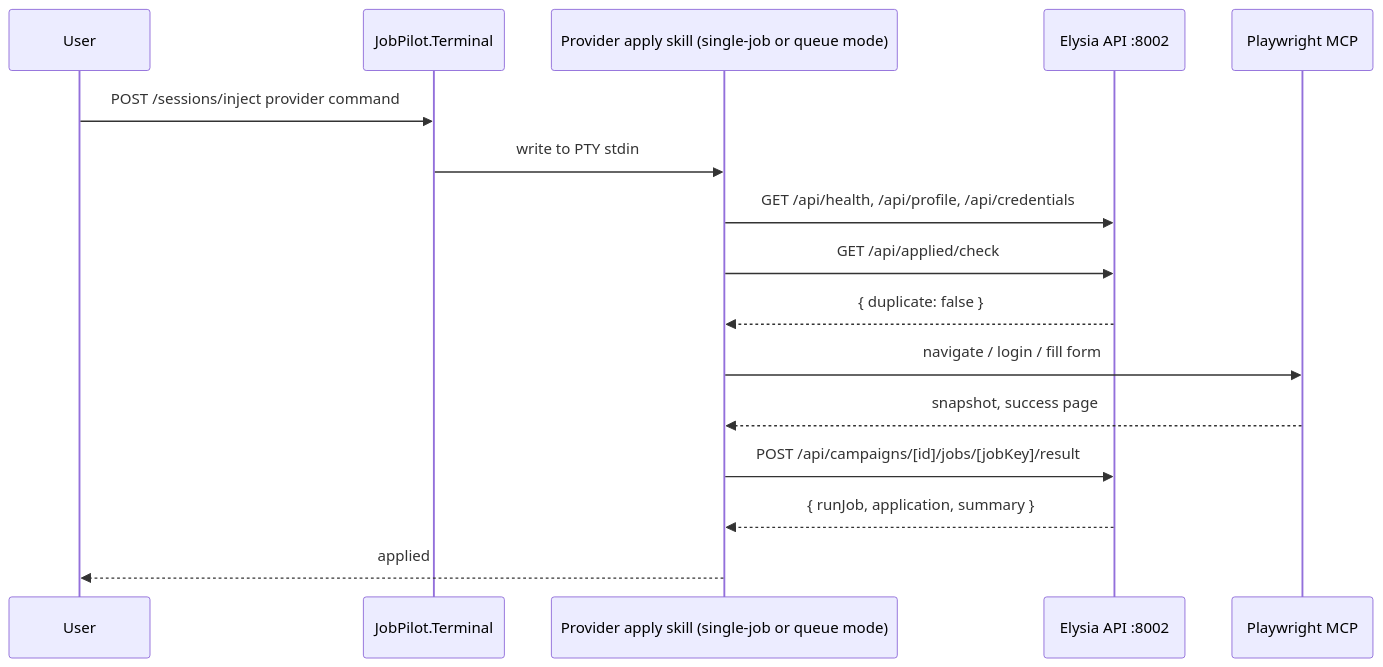
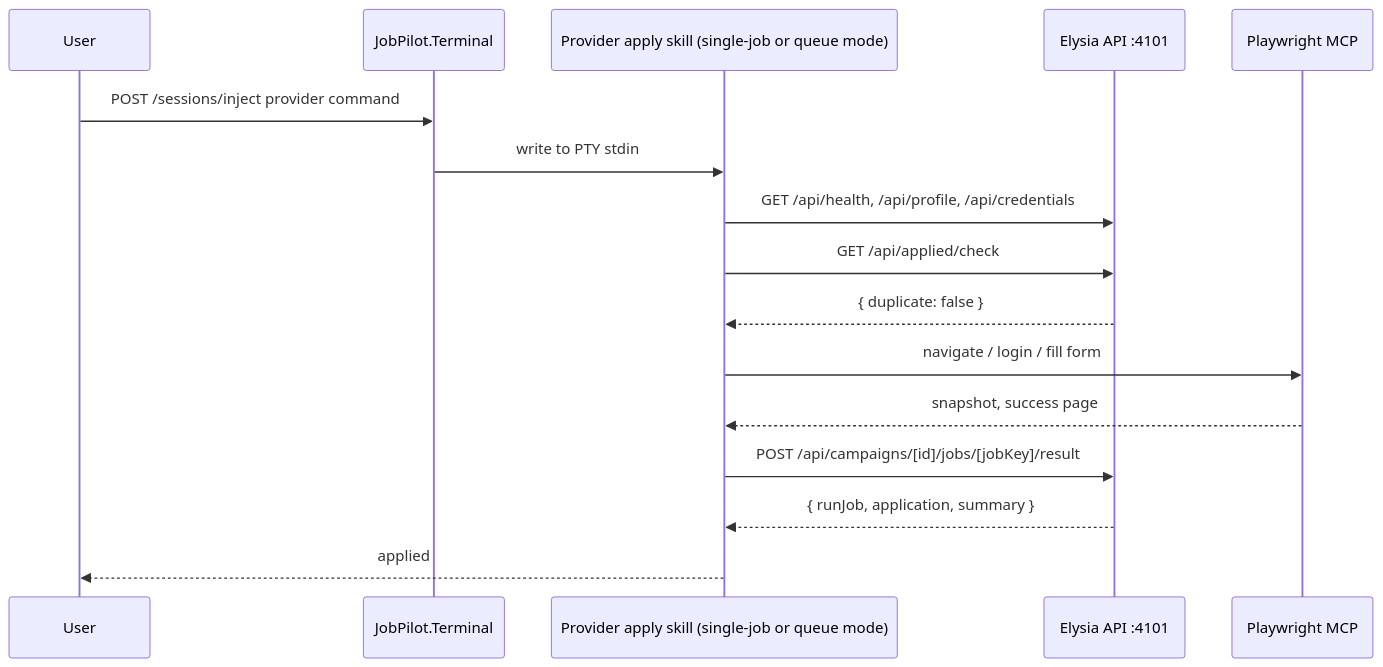
One commit to davidscotttufts/jobpilot changed the diagram in docs/architecture.md. Above: the diagram before and after it, drawn with Mermaid. The commit also changed other lines of this file and 33 other files, not shown here.

````diff
--- a/docs/architecture.md
+++ b/docs/architecture.md
@@ -95,19 +95,19 @@
 ```mermaid
 sequenceDiagram
     participant U as User
     participant T as JobPilot.Terminal
     participant S as Provider apply skill (single-job or queue mode)
-    participant API as Elysia API :8002
+    participant API as Elysia API :4101
     participant B as Playwright MCP
 
     U->>T: POST /sessions/inject provider command
     T->>S: write to PTY stdin
     S->>API: GET /api/health, /api/profile, /api/credentials
     S->>API: GET /api/applied/check
     API-->>S: { duplicate: false }
     S->>B: navigate / login / fill form
     B-->>S: snapshot, success page
     S->>API: POST /api/campaigns/[id]/jobs/[jobKey]/result
     API-->>S: { runJob, application, summary }
     S-->>U: applied
 ```
````
